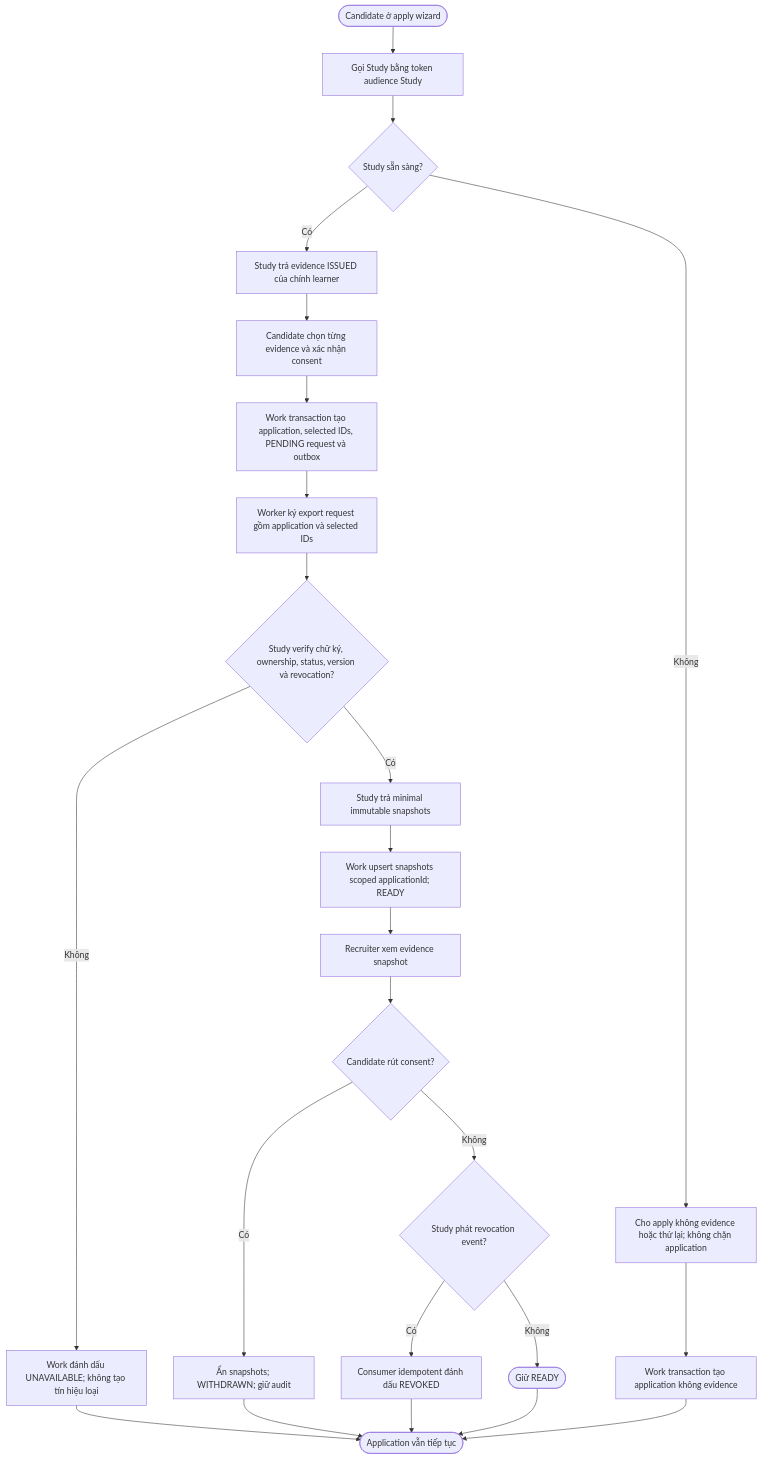
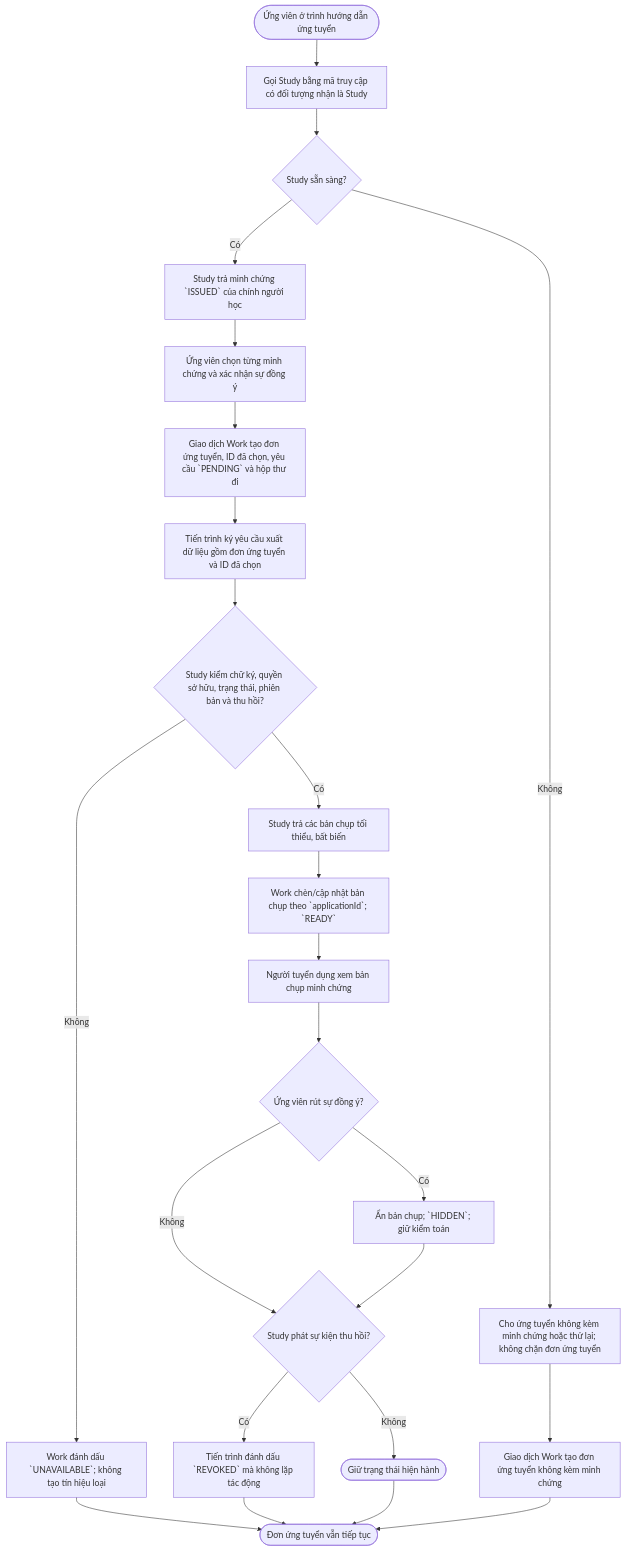
One commit to daovanhung-dev/Study2Work changed diagram 16 of 47 in docs/BD/02_BIEU_DO_HE_THONG.md. Above: the diagram before and after it, drawn with Mermaid. The commit also changed other lines of this file and 2295 other files, not shown here.

````diff
--- a/docs/BD/02_BIEU_DO_HE_THONG.md
+++ b/docs/BD/02_BIEU_DO_HE_THONG.md
@@ -671,26 +672,26 @@
 ```mermaid
 flowchart TD
-    A([Candidate ở apply wizard]) --> B[Gọi Study bằng token audience Study]
+    A([Ứng viên ở trình hướng dẫn ứng tuyển]) --> B[Gọi Study bằng mã truy cập có đối tượng nhận là Study]
     B --> C{Study sẵn sàng?}
-    C -- Không --> D[Cho apply không evidence hoặc thử lại; không chặn application]
-    C -- Có --> E[Study trả evidence ISSUED của chính learner]
-    E --> F[Candidate chọn từng evidence và xác nhận consent]
-    F --> G[Work transaction tạo application, selected IDs, PENDING request và outbox]
-    D --> H[Work transaction tạo application không evidence]
-    G --> I[Worker ký export request gồm application và selected IDs]
-    I --> J{Study verify chữ ký, ownership, status, version và revocation?}
-    J -- Không --> K[Work đánh dấu UNAVAILABLE; không tạo tín hiệu loại]
-    J -- Có --> L[Study trả minimal immutable snapshots]
-    L --> M[Work upsert snapshots scoped applicationId; READY]
-    M --> N[Recruiter xem evidence snapshot]
-    N --> O{Candidate rút consent?}
-    O -- Có --> P[Ẩn snapshots; WITHDRAWN; giữ audit]
-    O -- Không --> Q{Study phát revocation event?}
-    Q -- Có --> R[Consumer idempotent đánh dấu REVOKED]
-    Q -- Không --> S([Giữ READY])
-    K --> T([Application vẫn tiếp tục])
-    P --> T
+    C -- Không --> D[Cho ứng tuyển không kèm minh chứng hoặc thử lại; không chặn đơn ứng tuyển]
+    C -- Có --> E[Study trả minh chứng `ISSUED` của chính người học]
+    E --> F[Ứng viên chọn từng minh chứng và xác nhận sự đồng ý]
+    F --> G[Giao dịch Work tạo đơn ứng tuyển, ID đã chọn, yêu cầu `PENDING` và hộp thư đi]
+    D --> H[Giao dịch Work tạo đơn ứng tuyển không kèm minh chứng]
+    G --> I[Tiến trình ký yêu cầu xuất dữ liệu gồm đơn ứng tuyển và ID đã chọn]
+    I --> J{Study kiểm chữ ký, quyền sở hữu, trạng thái, phiên bản và thu hồi?}
+    J -- Không --> K[Work đánh dấu `UNAVAILABLE`; không tạo tín hiệu loại]
+    J -- Có --> L[Study trả các bản chụp tối thiểu, bất biến]
+    L --> M[Work chèn/cập nhật bản chụp theo `applicationId`; `READY`]
+    M --> N[Người tuyển dụng xem bản chụp minh chứng]
+    N --> O{Ứng viên rút sự đồng ý?}
+    O -- Có --> P[Ẩn bản chụp; `HIDDEN`; giữ kiểm toán]
+    O -- Không --> Q{Study phát sự kiện thu hồi?}
+    P --> Q
+    Q -- Có --> R[Tiến trình đánh dấu `REVOKED` mà không lặp tác động]
+    Q -- Không --> S([Giữ trạng thái hiện hành])
+    K --> T([Đơn ứng tuyển vẫn tiếp tục])
     R --> T
     S --> T
     H --> T
 ```
````
